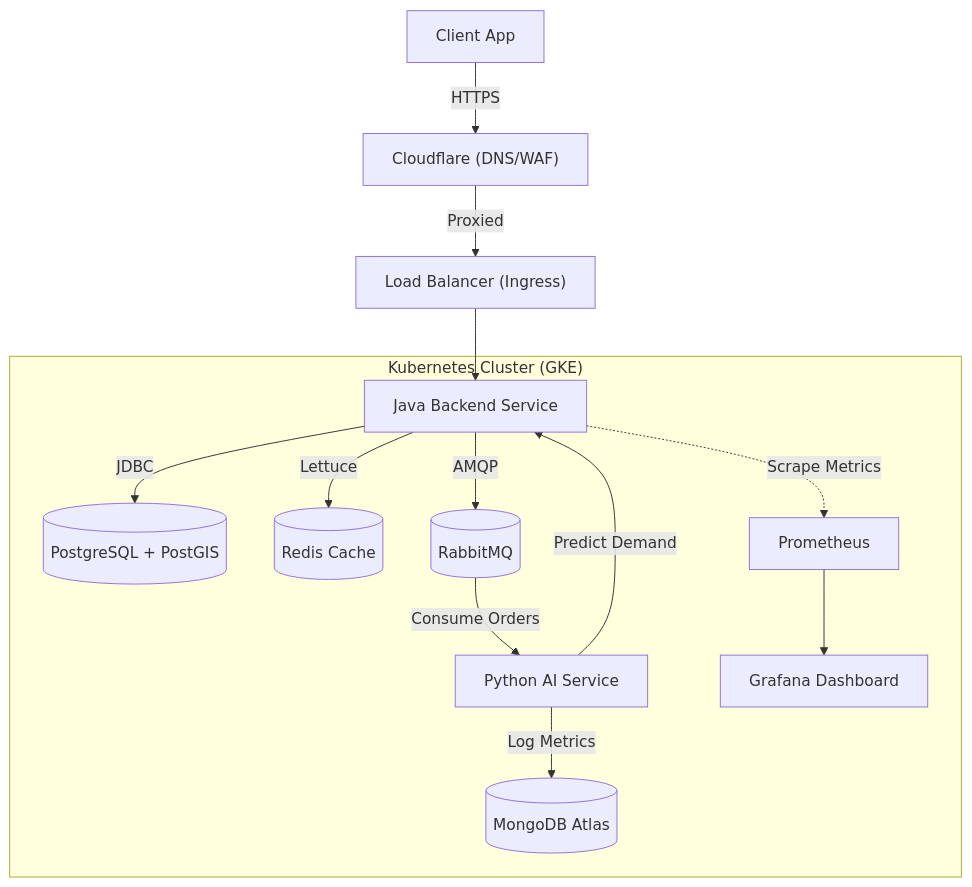
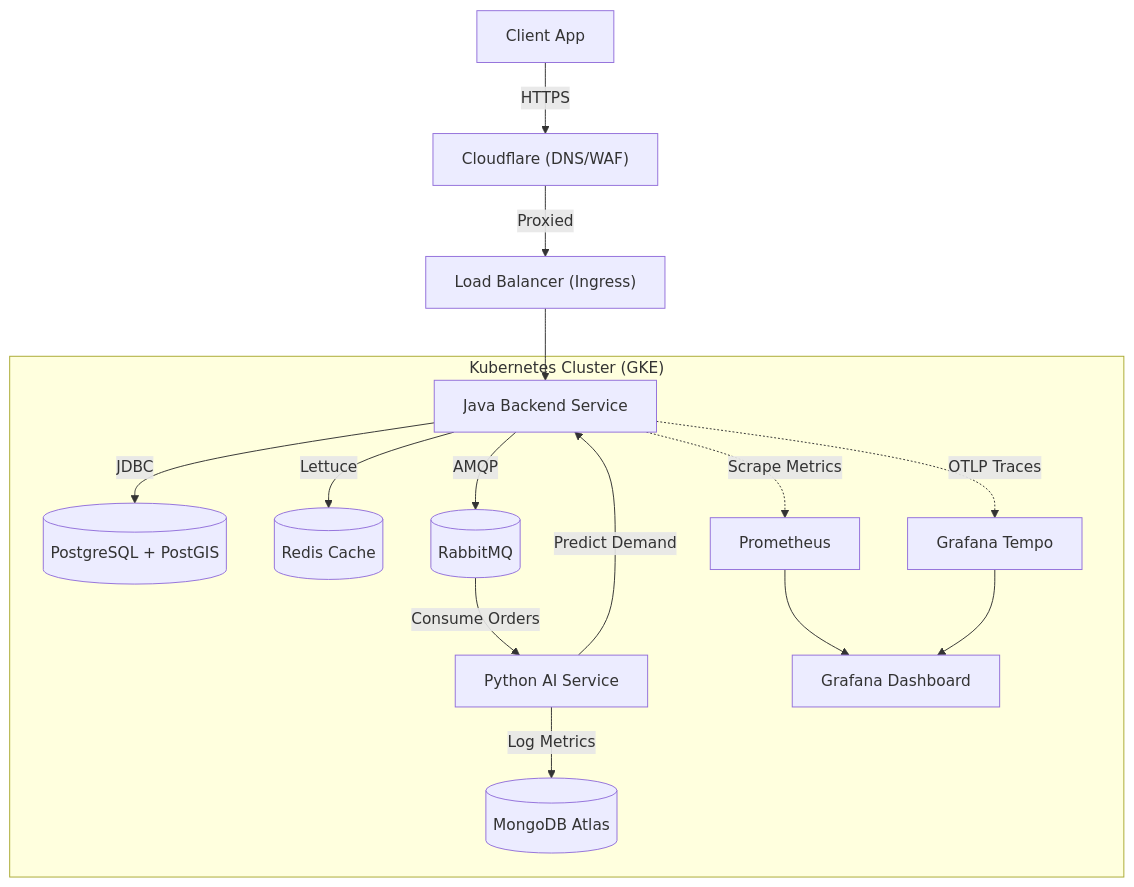
The diagram in README.md (xofyy/Last-Mile-Delivery-Backend-Engine), drawn with Mermaid before and after one commit. The commit also changed other lines of this file and 1 other file, not shown here.

Commit message:
feat: Introduce monitoring stack with Loki and Grafana Tempo, and update README with tracing access instructions.

````diff
--- a/README.md
+++ b/README.md
@@ -45,19 +45,21 @@
 ```mermaid
 graph TD
     Client["Client App"] -->|HTTPS| CF["Cloudflare (DNS/WAF)"]
     CF -->|Proxied| LB["Load Balancer (Ingress)"]
     LB --> Backend["Java Backend Service"]
     
     subgraph "Kubernetes Cluster (GKE)"
         Backend -->|JDBC| DB[(PostgreSQL + PostGIS)]
         Backend -->|Lettuce| Redis[(Redis Cache)]
         Backend -->|AMQP| RabbitMQ[(RabbitMQ)]
         
         RabbitMQ -->|Consume Orders| AI[Python AI Service]
         AI -->|Predict Demand| Backend
         AI -->|Log Metrics| Mongo[(MongoDB Atlas)]
 
         Backend -.->|Scrape Metrics| Prom[Prometheus]
+        Backend -.->|OTLP Traces| Tempo[Grafana Tempo]
         Prom --> Grafana[Grafana Dashboard]
+        Tempo --> Grafana
     end
 ```
````
